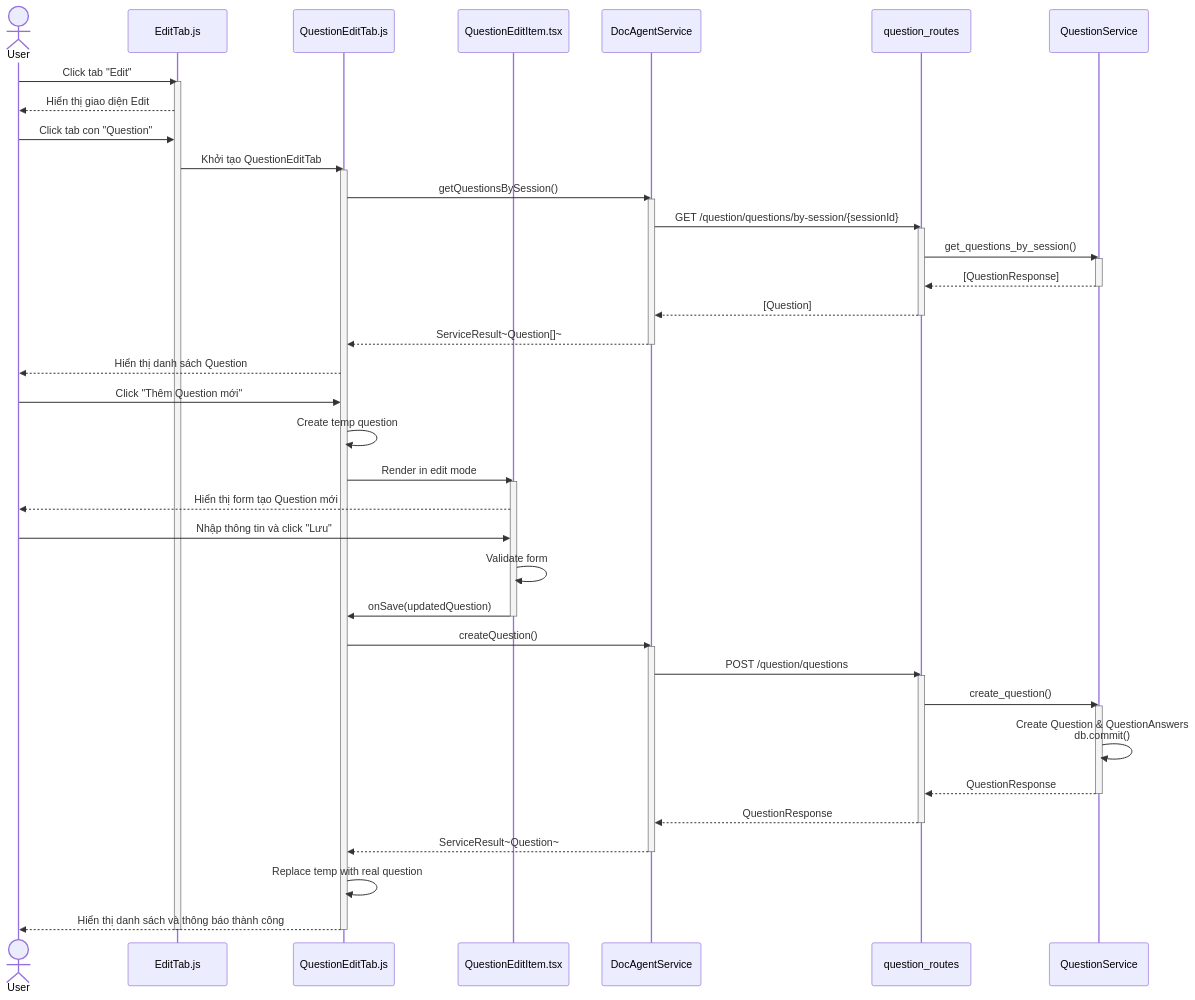
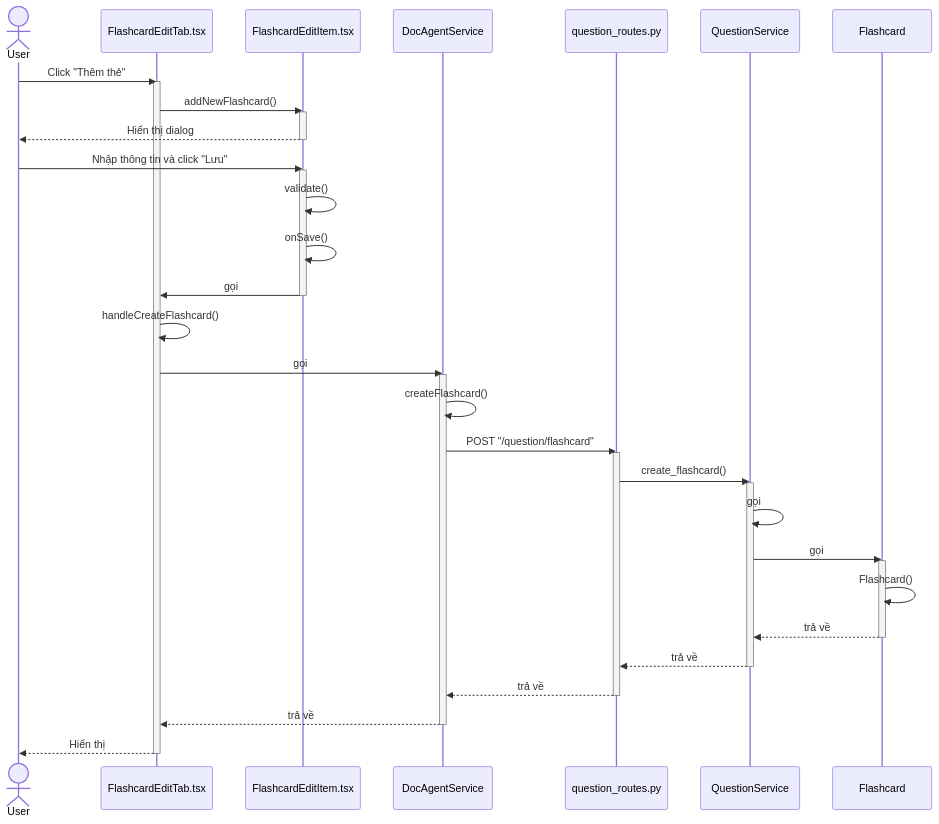
One commit to mduc-2610/gp_doc changed the first of 10 diagrams in question/4_question_management_seq.md. Above: the diagram before and after it, drawn with Mermaid. The commit also changed other lines of this file and 34 other files, not shown here.

````diff
--- a/question/4_question_management_seq.md
+++ b/question/4_question_management_seq.md
@@ -5,69 +5,57 @@
 ```mermaid
 sequenceDiagram
     actor User
-    participant EditTab as EditTab.js
-    participant QuestionEditTab as QuestionEditTab.js
-    participant QuestionEditItem as QuestionEditItem.tsx
+    participant FlashcardEditTab as FlashcardEditTab.tsx
+    participant FlashcardEditItem as FlashcardEditItem.tsx
     participant DocAgentService as DocAgentService
-    participant QuestionRoutes as question_routes
+    participant QuestionRoutes as question_routes.py
     participant QuestionService as QuestionService
+    participant Flashcard as Flashcard
 
-    User->>EditTab: Click tab "Edit"
-    activate EditTab
-    EditTab-->>User: Hiển thị giao diện Edit
+    User->>FlashcardEditTab: Click "Thêm thẻ"
+    activate FlashcardEditTab
     
-    User->>EditTab: Click tab con "Question"
-    EditTab->>QuestionEditTab: Khởi tạo QuestionEditTab
-    activate QuestionEditTab
+    FlashcardEditTab->>FlashcardEditItem: addNewFlashcard()
+    activate FlashcardEditItem
+    FlashcardEditItem-->>User: Hiển thị dialog
+    deactivate FlashcardEditItem
     
-    QuestionEditTab->>DocAgentService: getQuestionsBySession()
+    User->>FlashcardEditItem: Nhập thông tin và click "Lưu"
+    activate FlashcardEditItem
+    
+    FlashcardEditItem->>FlashcardEditItem: validate()
+    FlashcardEditItem->>FlashcardEditItem: onSave()
+    FlashcardEditItem->>FlashcardEditTab: gọi
+    deactivate FlashcardEditItem
+    
+    FlashcardEditTab->>FlashcardEditTab: handleCreateFlashcard()
+    FlashcardEditTab->>DocAgentService: gọi
     activate DocAgentService
-    DocAgentService->>QuestionRoutes: GET /question/questions/by-session/{sessionId}
+    
+    DocAgentService->>DocAgentService: createFlashcard()
+    DocAgentService->>QuestionRoutes: POST "/question/flashcard"
     activate QuestionRoutes
-    QuestionRoutes->>QuestionService: get_questions_by_session()
+    
+    QuestionRoutes->>QuestionService: create_flashcard()
     activate QuestionService
-    QuestionService-->>QuestionRoutes: [QuestionResponse]
+    
+    QuestionService->>QuestionService: gọi
+    QuestionService->>Flashcard: gọi
+    activate Flashcard
+    
+    Flashcard->>Flashcard: Flashcard()
+    Flashcard-->>QuestionService: trả về
+    deactivate Flashcard
+    
+    QuestionService-->>QuestionRoutes: trả về
     deactivate QuestionService
-    QuestionRoutes-->>DocAgentService: [Question]
+    
+    QuestionRoutes-->>DocAgentService: trả về
     deactivate QuestionRoutes
-    DocAgentService-->>QuestionEditTab: ServiceResult~Question[]~
+    
+    DocAgentService-->>FlashcardEditTab: trả về
     deactivate DocAgentService
     
-    QuestionEditTab-->>User: Hiển thị danh sách Question
-    
-    User->>QuestionEditTab: Click "Thêm Question mới"
-    QuestionEditTab->>QuestionEditTab: Create temp question
-    QuestionEditTab->>QuestionEditItem: Render in edit mode
-    activate QuestionEditItem
-    QuestionEditItem-->>User: Hiển thị form tạo Question mới
-    
-    User->>QuestionEditItem: Nhập thông tin và click "Lưu"
-    QuestionEditItem->>QuestionEditItem: Validate form
-    QuestionEditItem->>QuestionEditTab: onSave(updatedQuestion)
-    deactivate QuestionEditItem
-    
-    QuestionEditTab->>DocAgentService: createQuestion()
-    activate DocAgentService
-    
-    DocAgentService->>QuestionRoutes: POST /question/questions
-    activate QuestionRoutes
-    
-    QuestionRoutes->>QuestionService: create_question()
-    activate QuestionService
-    
-    QuestionService->>QuestionService: Create Question & QuestionAnswers<br/>db.commit()
-    
-    QuestionService-->>QuestionRoutes: QuestionResponse
-    deactivate QuestionService
-    
-    QuestionRoutes-->>DocAgentService: QuestionResponse
-    deactivate QuestionRoutes
-    
-    DocAgentService-->>QuestionEditTab: ServiceResult~Question~
-    deactivate DocAgentService
-    
-    QuestionEditTab->>QuestionEditTab: Replace temp with real question
-    QuestionEditTab-->>User: Hiển thị danh sách và thông báo thành công
-    deactivate QuestionEditTab
-    deactivate EditTab
+    FlashcardEditTab-->>User: Hiển thị
+    deactivate FlashcardEditTab
 ```
````
